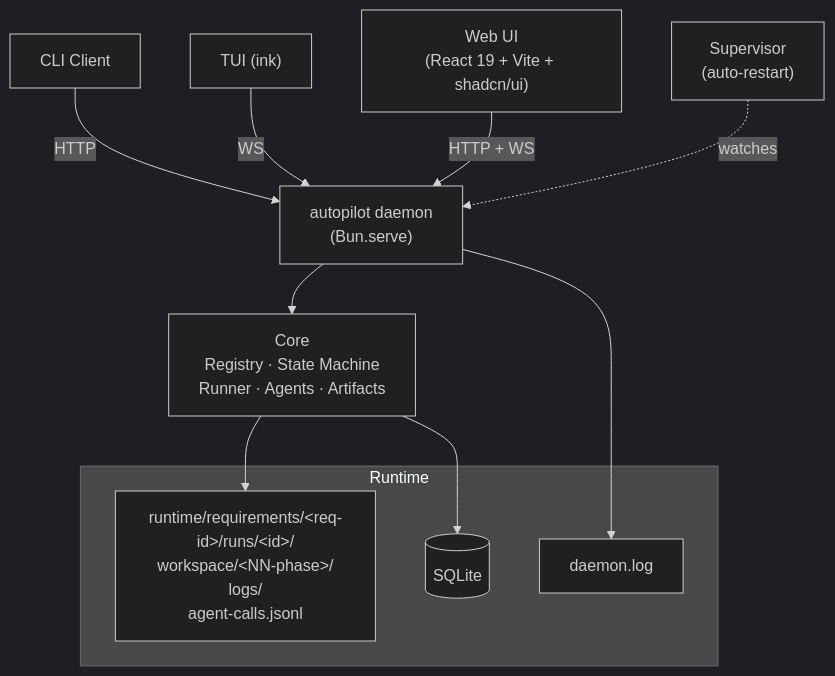
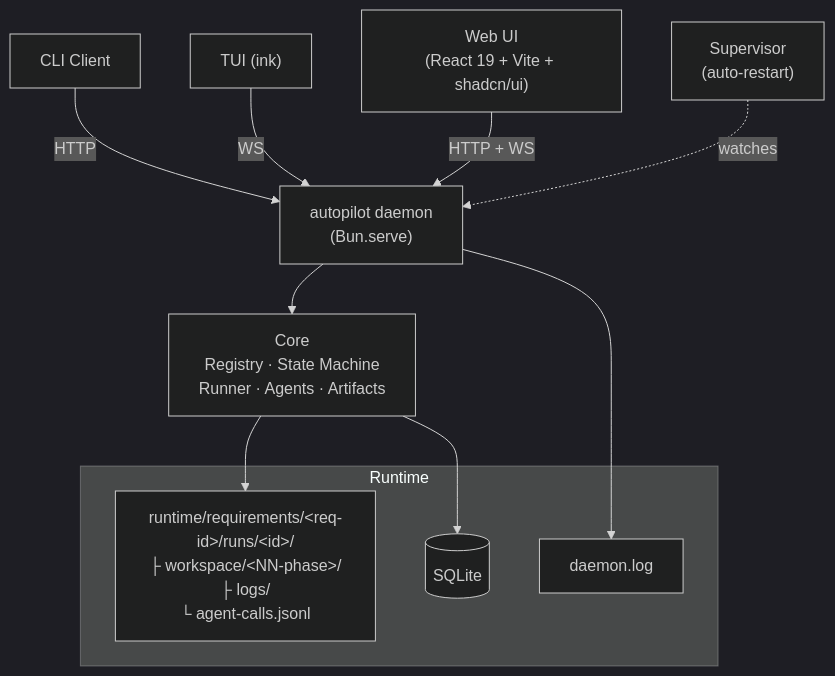
Before and after one commit to larrygogo/autopilot: the diagram in README.en.md, drawn with Mermaid (dark theme). The commit also changed other lines of this file and 1 other file, not shown here.

````diff
--- a/README.en.md
+++ b/README.en.md
@@ -136,20 +136,20 @@
 ```mermaid
 graph TB
     CLI["CLI Client"] --HTTP--> Daemon
     TUI["TUI (ink)"] --WS--> Daemon
     Web["Web UI<br/>(React 19 + Vite + shadcn/ui)"] --HTTP + WS--> Daemon
 
     Daemon["autopilot daemon<br/>(Bun.serve)"] --> Core
     Core["Core<br/>Registry · State Machine<br/>Runner · Agents · Artifacts"] --> Workspaces
 
     Supervisor["Supervisor<br/>(auto-restart)"] -.watches.-> Daemon
 
     subgraph Runtime
-      Workspaces["runtime/requirements/&lt;req-id&gt;/runs/&lt;id&gt;/<br/>workspace/&lt;NN-phase&gt;/<br/>logs/<br/>agent-calls.jsonl"]
+      Workspaces["runtime/requirements/&lt;req-id&gt;/runs/&lt;id&gt;/<br/>├ workspace/&lt;NN-phase&gt;/<br/>├ logs/<br/>└ agent-calls.jsonl"]
       DB[("SQLite")]
       DaemonLog["daemon.log"]
     end
 
     Core --> DB
     Daemon --> DaemonLog
 ```
````
